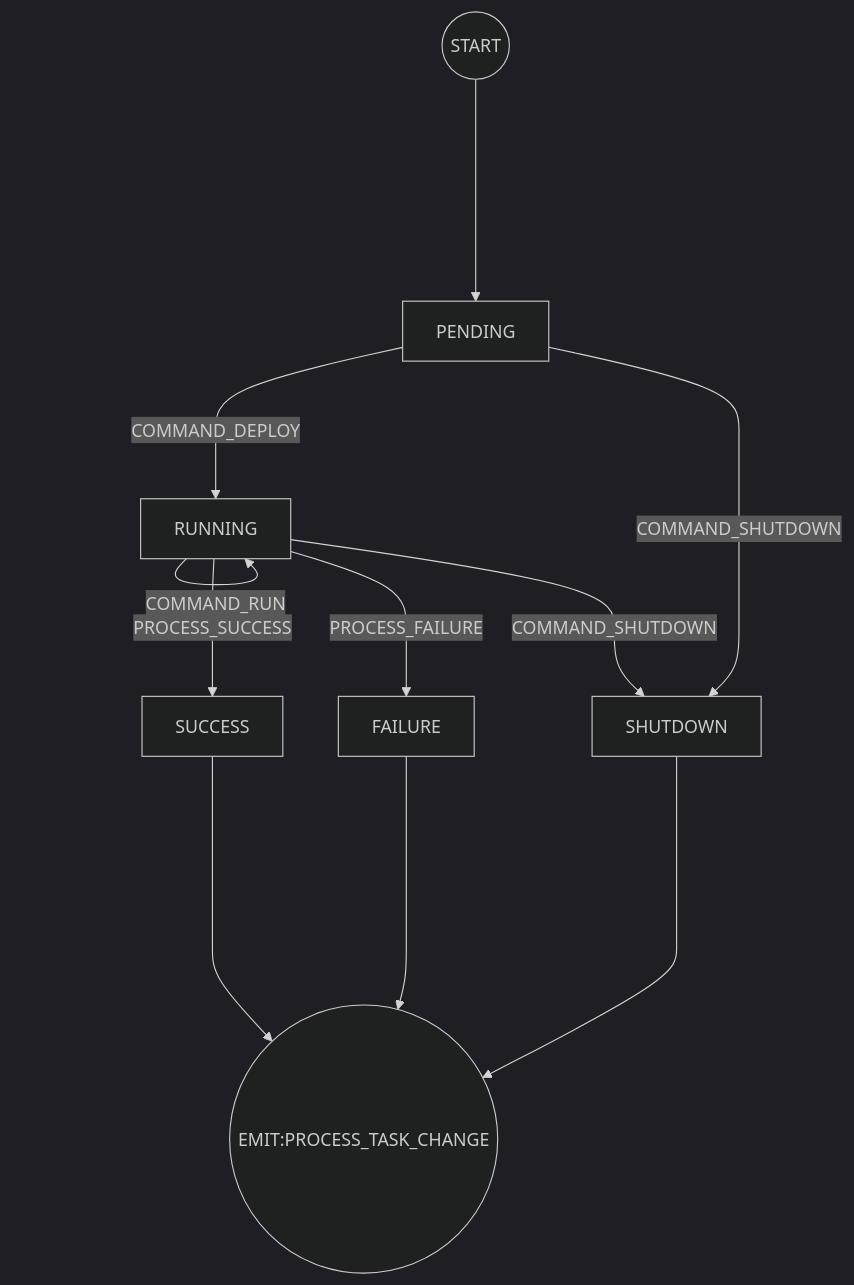
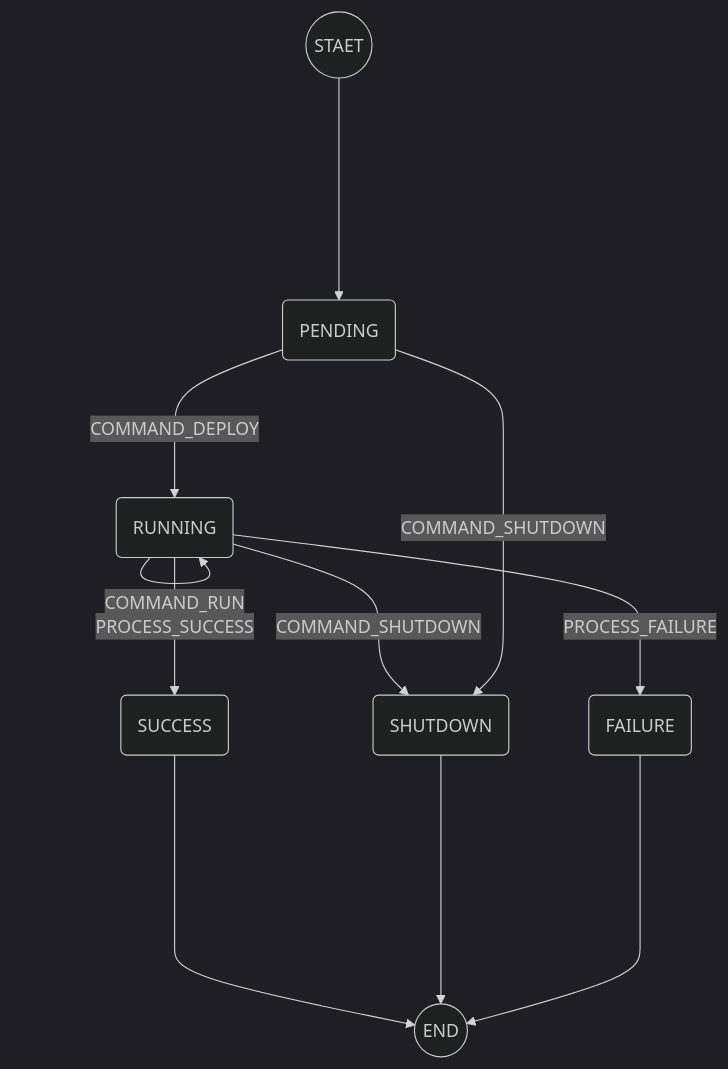
One commit to kalencaya/docs changed the third of 3 diagrams in docs/2025/zh/project/workflow/orchestration/design.md. Above: the diagram before and after it, drawn with Mermaid (dark theme). The commit also changed other lines of this file, not shown here.

````diff
--- a/docs/2025/zh/project/workflow/orchestration/design.md
+++ b/docs/2025/zh/project/workflow/orchestration/design.md
@@ -176,13 +178,15 @@
 ```mermaid
 flowchart TD;
-		START((START)) -----> PENDING;
-    PENDING -- COMMAND_DEPLOY ---> RUNNING;
-    RUNNING -- COMMAND_RUN ---> RUNNING;
-    RUNNING -- PROCESS_SUCCESS ---> SUCCESS;
-    RUNNING -- PROCESS_FAILURE ---> FAILURE;
-    RUNNING -- COMMAND_SHUTDOWN ---> SHUTDOWN;
-    PENDING -- COMMAND_SHUTDOWN ---> SHUTDOWN;
-    SUCCESS -----> END((EMIT:PROCESS_TASK_CHANGE));
-    FAILURE -----> END;
-    SHUTDOWN -----> END;
+START((STAET));
+START -----> PENDING;
+PENDING(PENDING) -- COMMAND_DEPLOY --->RUNNING(RUNNING);
+PENDING(PENDING) -- COMMAND_SHUTDOWN --->SHUTDOWN(SHUTDOWN);
+RUNNING(RUNNING) -- PROCESS_FAILURE --->FAILURE(FAILURE);
+RUNNING(RUNNING) -- COMMAND_RUN --->RUNNING(RUNNING);
+RUNNING(RUNNING) -- COMMAND_SHUTDOWN --->SHUTDOWN(SHUTDOWN);
+RUNNING(RUNNING) -- PROCESS_SUCCESS --->SUCCESS(SUCCESS);
+END((END));
+FAILURE -----> END;
+SHUTDOWN -----> END;
+SUCCESS -----> END;
 ```
````
